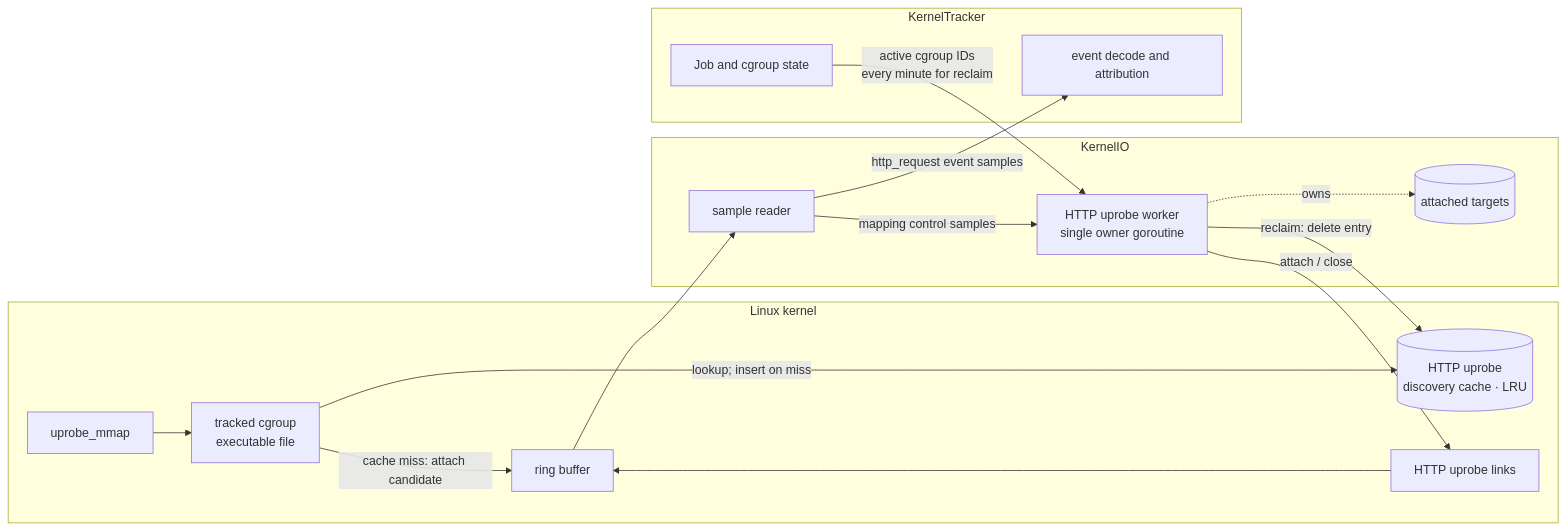
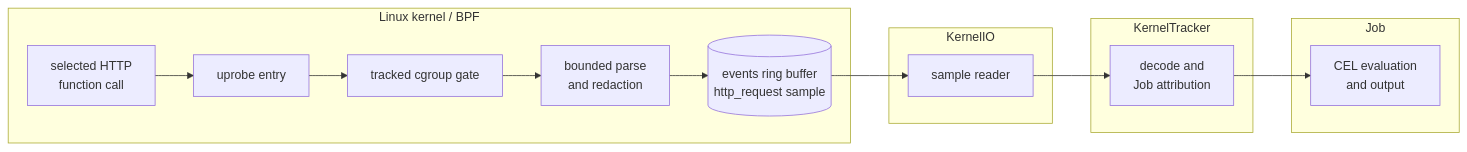
The second of 4 diagrams in docs/developer-guide/ebpf/http-uprobes.md (cicd-sensor/cicd-sensor), drawn with Mermaid before and after one commit. The commit also changed other lines of this file and 36 other files, not shown here.

Commit message:
feat(agent): prevent first-call HTTP uprobe misses

````diff
--- a/docs/developer-guide/ebpf/http-uprobes.md
+++ b/docs/developer-guide/ebpf/http-uprobes.md
@@ -42,33 +71,26 @@
 ```mermaid
 flowchart LR
-    subgraph KERNEL["Linux kernel"]
-        MMAP["uprobe_mmap"]
-        FILTER["tracked cgroup<br/>executable file"]
-        CACHE[("HTTP uprobe<br/>discovery cache · LRU")]
-        LINKS["HTTP uprobe links"]
-        EVENTS["ring buffer"]
-        MMAP --> FILTER
-        FILTER -->|"lookup; insert on miss"| CACHE
-        FILTER -->|"cache miss: attach candidate"| EVENTS
-        LINKS --> EVENTS
+    subgraph KERNEL["Linux kernel / BPF"]
+        CALL["selected HTTP<br/>function call"]
+        UPROBE["uprobe entry"]
+        GATE["tracked cgroup gate"]
+        PARSE["bounded parse<br/>and redaction"]
+        RING[("events ring buffer<br/>http_request sample")]
+
+        CALL --> UPROBE --> GATE --> PARSE --> RING
     end
 
     subgraph KIO["KernelIO"]
         READER["sample reader"]
-        WORKER["HTTP uprobe worker<br/>single owner goroutine"]
-        TARGETS[("attached targets")]
-        READER -->|"mapping control samples"| WORKER
-        WORKER -.->|"owns"| TARGETS
     end
 
     subgraph KT["KernelTracker"]
-        CGROUPS["Job and cgroup state"]
-        DECODE["event decode and attribution"]
+        ATTRIBUTION["decode and<br/>Job attribution"]
     end
 
-    EVENTS --> READER
-    WORKER -->|"attach / close"| LINKS
-    WORKER -->|"reclaim: delete entry"| CACHE
-    CGROUPS -->|"active cgroup IDs<br/>every minute for reclaim"| WORKER
-    READER -->|"http_request event samples"| DECODE
+    subgraph JOB["Job"]
+        EVALUATION["CEL evaluation<br/>and output"]
+    end
+
+    RING --> READER --> ATTRIBUTION --> EVALUATION
 ```
````
